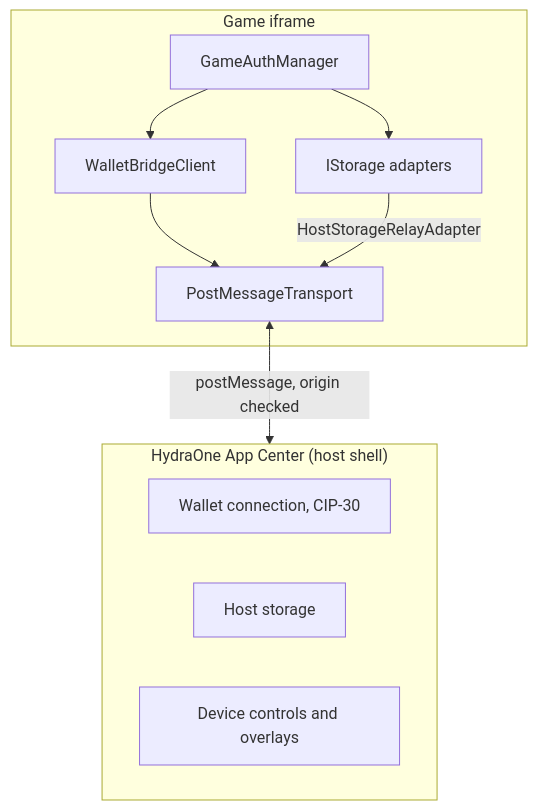
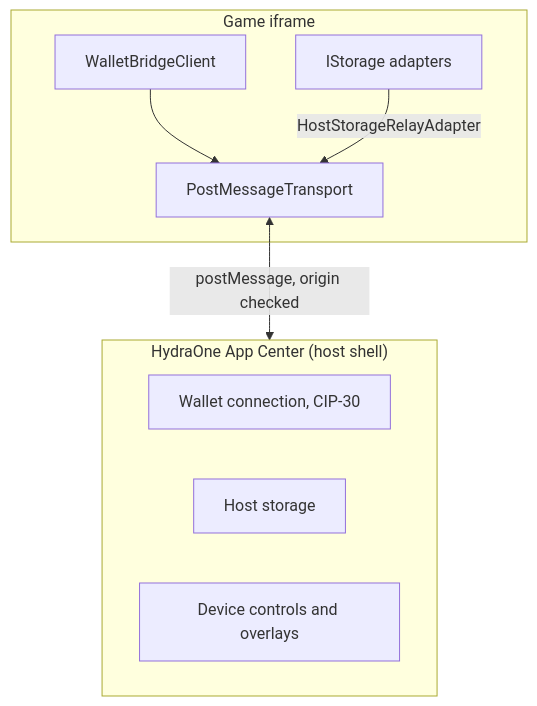
One commit to Vtechcom/hydraone-sdk changed the diagram in apps/docs/content/en/2.core-concepts/1.architecture.md. Above: the diagram before and after it, drawn with Mermaid. The commit also changed other lines of this file and 75 other files, not shown here.

````diff
--- a/apps/docs/content/en/2.core-concepts/1.architecture.md
+++ b/apps/docs/content/en/2.core-concepts/1.architecture.md
@@ -13,21 +13,18 @@
 ```mermaid
 flowchart TB
     subgraph Host["HydraOne App Center (host shell)"]
         HW[Wallet connection, CIP-30]
         HS[Host storage]
         HC[Device controls and overlays]
     end
 
     subgraph Game["Game iframe"]
         C[WalletBridgeClient]
-        A[GameAuthManager]
         T1[PostMessageTransport]
         S[IStorage adapters]
         C --> T1
-        A --> C
-        A --> S
     end
 
     T1 <-->|postMessage, origin checked| Host
     S -->|HostStorageRelayAdapter| T1
 ```
````
